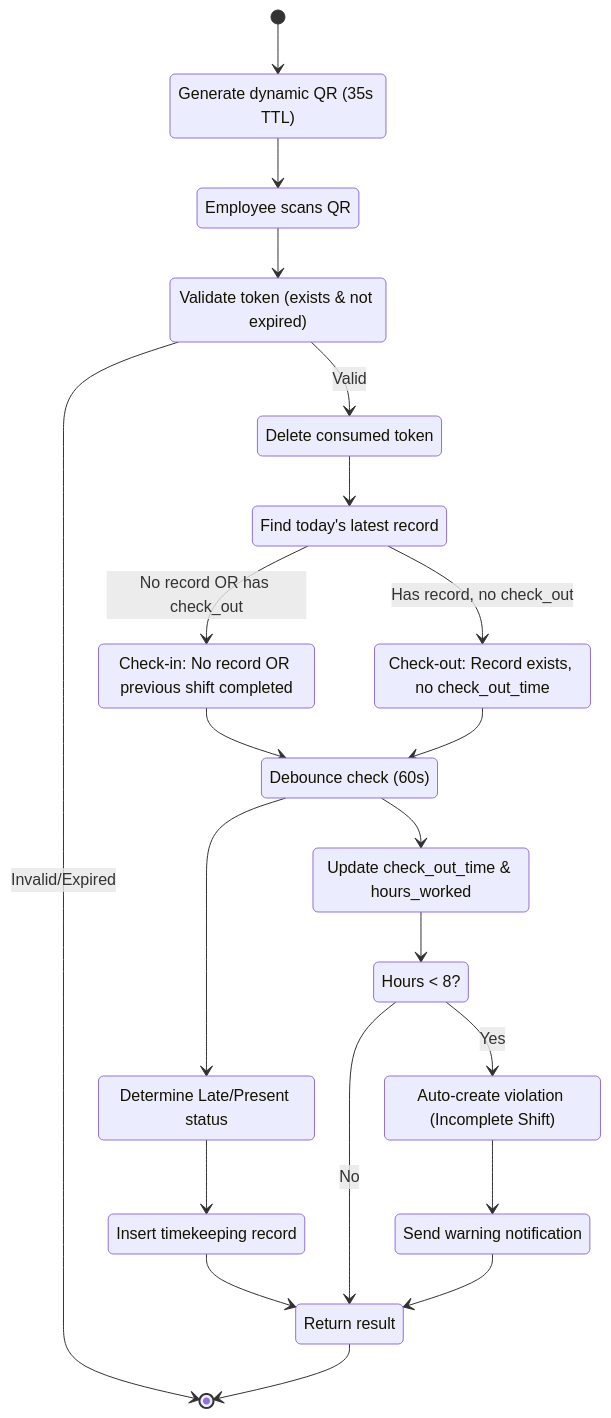
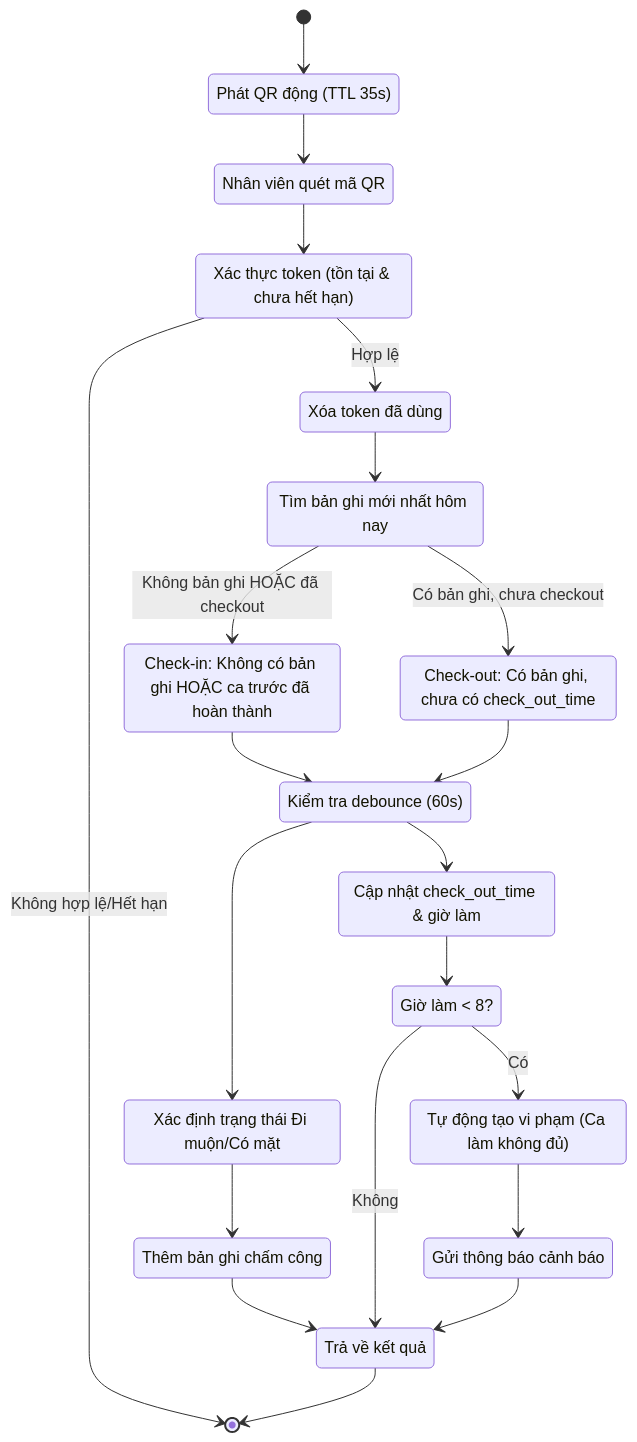
One commit to Luo-Zhii/HRM-Gene changed the third of 16 diagrams in docs/activity-diagram.md. Above: the diagram before and after it, drawn with Mermaid. The commit also changed other lines of this file and 3 other files, not shown here.

````diff
--- a/docs/activity-diagram.md
+++ b/docs/activity-diagram.md
@@ -139,42 +139,42 @@
 ```mermaid
 stateDiagram-v2
-    state "Generate dynamic QR (35s TTL)" as gen_qr
-    state "Employee scans QR" as scan
-    state "Validate token (exists & not expired)" as validate_token
-    state "Delete consumed token" as delete_token
-    state "Find today's latest record" as find_latest
-    state "Check-in: No record OR previous shift completed" as case_checkin
-    state "Check-out: Record exists, no check_out_time" as case_checkout
-    state "Debounce check (60s)" as debounce
-    state "Determine Late/Present status" as late_check
-    state "Insert timekeeping record" as insert_tk
-    state "Update check_out_time & hours_worked" as update_checkout
-    state "Hours < 8?" as short_shift
-    state "Auto-create violation (Incomplete Shift)" as auto_violation
-    state "Send warning notification" as warn
-    state "Return result" as result
+    state "Phát QR động (TTL 35s)" as gen_qr
+    state "Nhân viên quét mã QR" as scan
+    state "Xác thực token (tồn tại & chưa hết hạn)" as validate_token
+    state "Xóa token đã dùng" as delete_token
+    state "Tìm bản ghi mới nhất hôm nay" as find_latest
+    state "Check-in: Không có bản ghi HOẶC ca trước đã hoàn thành" as case_checkin
+    state "Check-out: Có bản ghi, chưa có check_out_time" as case_checkout
+    state "Kiểm tra debounce (60s)" as debounce
+    state "Xác định trạng thái Đi muộn/Có mặt" as late_check
+    state "Thêm bản ghi chấm công" as insert_tk
+    state "Cập nhật check_out_time & giờ làm" as update_checkout
+    state "Giờ làm < 8?" as short_shift
+    state "Tự động tạo vi phạm (Ca làm không đủ)" as auto_violation
+    state "Gửi thông báo cảnh báo" as warn
+    state "Trả về kết quả" as result
 
     [*] --> gen_qr
     gen_qr --> scan
     scan --> validate_token
-    validate_token --> delete_token : Valid
-    validate_token --> [*] : Invalid/Expired
+    validate_token --> delete_token : Hợp lệ
+    validate_token --> [*] : Không hợp lệ/Hết hạn
     delete_token --> find_latest
-    
-    find_latest --> case_checkin : No record OR has check_out
-    find_latest --> case_checkout : Has record, no check_out
-    
+
+    find_latest --> case_checkin : Không bản ghi HOẶC đã checkout
+    find_latest --> case_checkout : Có bản ghi, chưa checkout
+
     case_checkin --> debounce
     debounce --> late_check
     late_check --> insert_tk
     insert_tk --> result
-    
+
     case_checkout --> debounce
     debounce --> update_checkout
     update_checkout --> short_shift
-    short_shift --> auto_violation : Yes
-    short_shift --> result : No
+    short_shift --> auto_violation : Có
+    short_shift --> result : Không
     auto_violation --> warn
     warn --> result
     result --> [*]
 ```
````
